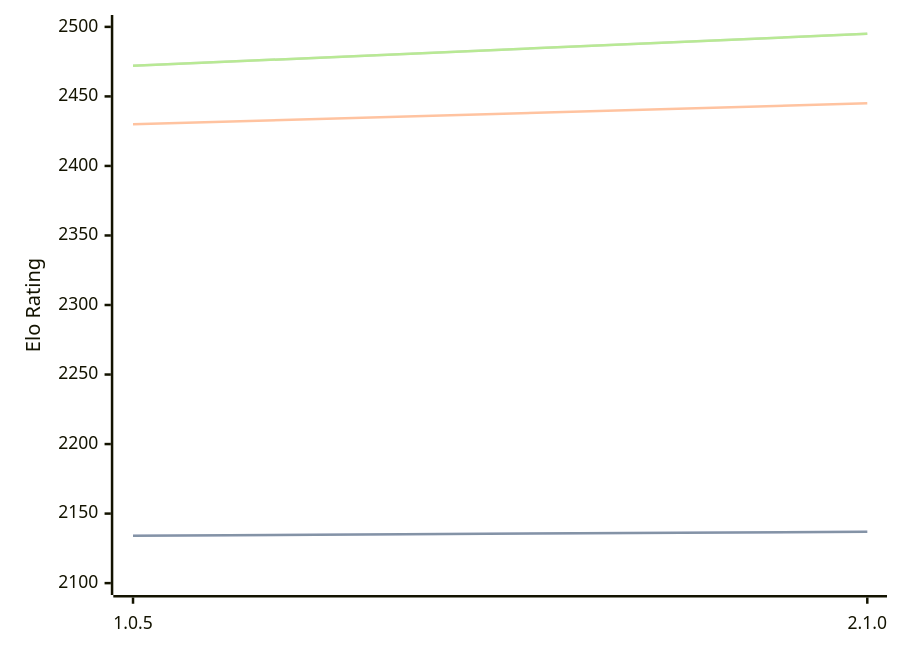
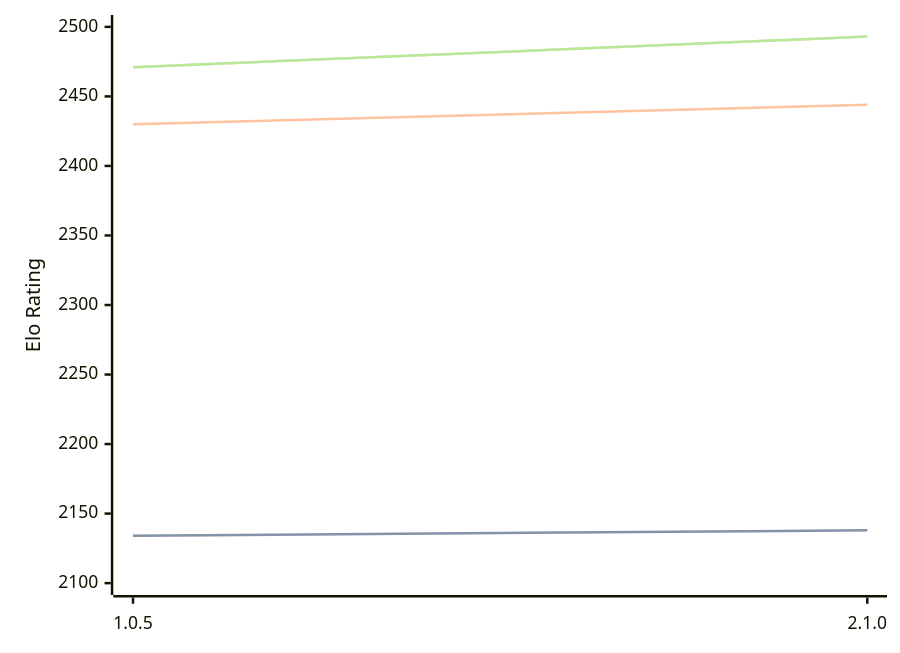
Before and after one commit to computer-chess-index/cci: the diagram in engines/Ruffian.md, drawn with Mermaid. The commit also changed other lines of this file, not shown here.

Commit message:
Update CCI Ratings (ELO VLTC) - 2026-06-12

````diff
--- a/engines/Ruffian.md
+++ b/engines/Ruffian.md
@@ -32,11 +32,11 @@
 ```mermaid
 %%{init: {"theme":"base","themeVariables":{"seriesColors:['#a3a3a3','#222221','#faa371']}}}%%
 xychart-beta
   x-axis ["1.0.5", "2.1.0"]
   y-axis "Elo Rating" 2100 --> 2500
-  line "STC (8.0+0.08s)" [2134, 2137]
-  line "STC (8.0+0.08s)" [2134, 2137]
-  line "LTC (60.0+0.60s)" [2430, 2445]
-  line "VLTC (2m24s+1.12s)" [2472, 2495]
-  line "VLTC (2m24s+1.12s)" [2472, 2495]
+  line "STC (8.0+0.08s)" [2134, 2138]
+  line "STC (8.0+0.08s)" [2134, 2138]
+  line "LTC (60.0+0.60s)" [2430, 2444]
+  line "VLTC (2m24s+1.12s)" [2471, 2493]
+  line "VLTC (2m24s+1.12s)" [2471, 2493]
 ```
````
